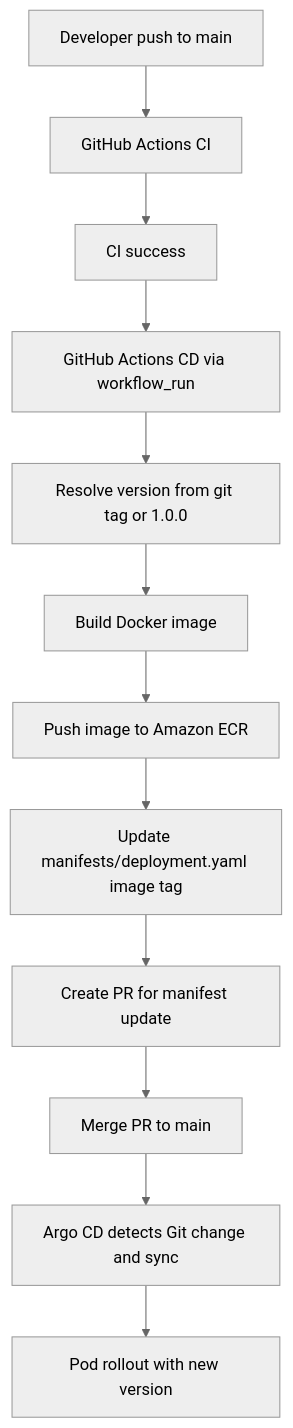
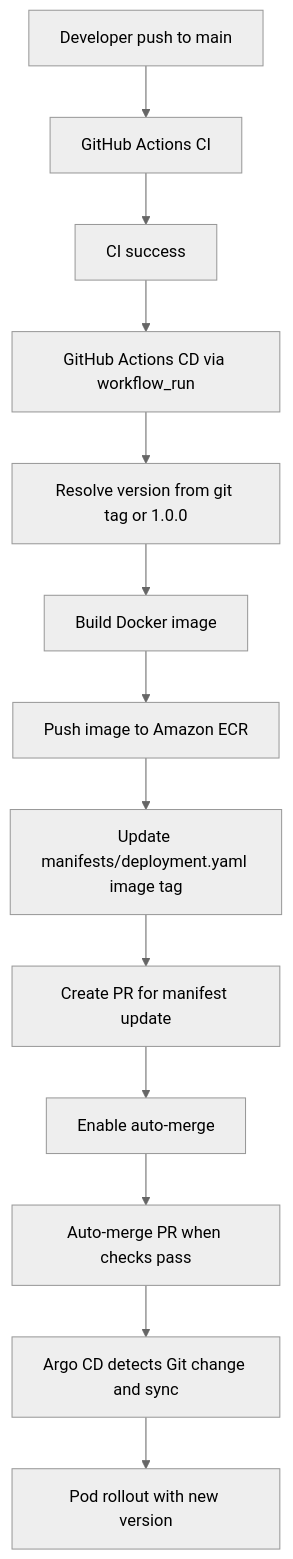
The diagram in docs/Backstage_템플릿_CD_가이드.md (SAMJOYAP/reference-implementation-aws), drawn with Mermaid (neutral theme) before and after one commit. The commit also changed other lines of this file and 6 other files, not shown here.

Commit message:
chore: add cd auto-merge

````diff
--- a/docs/Backstage_템플릿_CD_가이드.md
+++ b/docs/Backstage_템플릿_CD_가이드.md
@@ -63,14 +65,15 @@
 ```mermaid
 flowchart TD
     A[Developer push to main] --> B[GitHub Actions CI]
     B --> C[CI success]
     C --> C2[GitHub Actions CD via workflow_run]
     C2 --> D[Resolve version from git tag or 1.0.0]
     D --> E[Build Docker image]
     E --> F[Push image to Amazon ECR]
     F --> G[Update manifests/deployment.yaml image tag]
     G --> H[Create PR for manifest update]
-    H --> I[Merge PR to main]
-    I --> J[Argo CD detects Git change and sync]
+    H --> I[Enable auto-merge]
+    I --> I2[Auto-merge PR when checks pass]
+    I2 --> J[Argo CD detects Git change and sync]
     J --> K[Pod rollout with new version]
 ```
````
